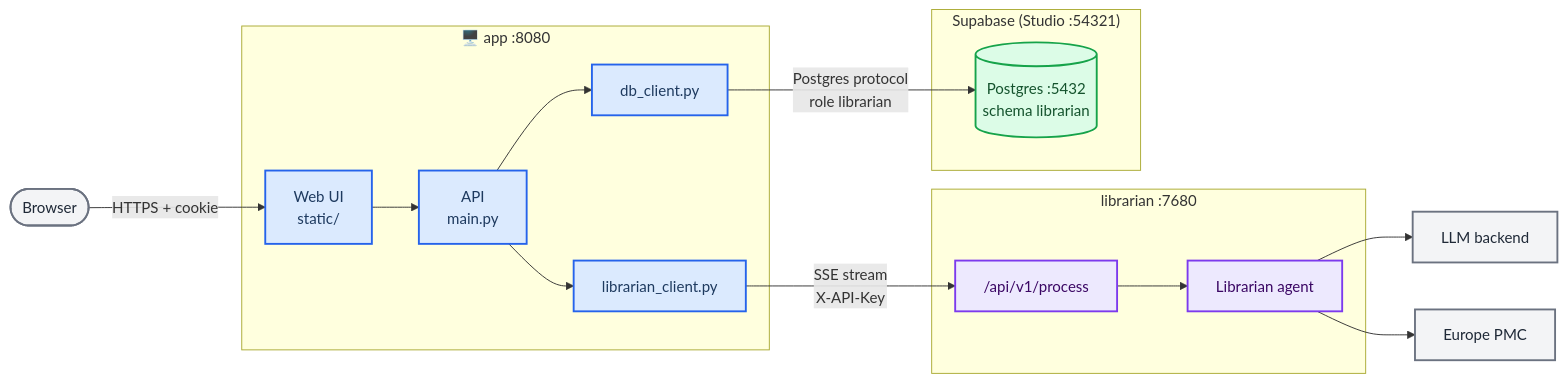
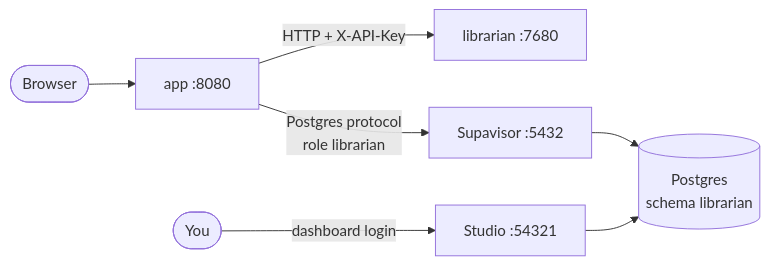
The diagram in README.md (pharmbio/librarian-serve), drawn with Mermaid before and after one commit. The commit also changed other lines of this file, not shown here.

````diff
--- a/README.md
+++ b/README.md
@@ -20,46 +15,12 @@
 ```mermaid
 flowchart LR
-    accTitle: Librarian service architecture
-    accDescr: The browser talks only to app. app calls librarian over HTTP to answer questions, and stores users, sessions, queries and runs in Supabase's Postgres over the Postgres protocol; librarian calls the LLM and Europe PMC.
+    accTitle: Where the data lives
+    accDescr: The browser talks to app. app calls librarian over HTTP, and connects to Supabase's Postgres through its connection pooler. You manage the data in Supabase Studio.
 
-    browser(["Browser"])
-
-    subgraph app_service ["🖥️ app :8080"]
-        web_ui["Web UI<br/>static/"]
-        app_api["API<br/>main.py"]
-        librarian_client["librarian_client.py"]
-        db_client["db_client.py"]
-    end
-
-    subgraph librarian_service ["librarian :7680"]
-        process_api["/api/v1/process"]
-        agent["Librarian agent"]
-    end
-
-    subgraph supabase_service ["Supabase (Studio :54321)"]
-        postgres[("Postgres :5432<br/>schema librarian")]
-    end
-
-    llm["LLM backend"]
-    europe_pmc["Europe PMC"]
-
-    browser -->|"HTTPS + cookie"| web_ui
-    web_ui --> app_api
-    app_api --> librarian_client
-    app_api --> db_client
-    librarian_client -->|"SSE stream<br/>X-API-Key"| process_api
-    db_client -->|"Postgres protocol<br/>role librarian"| postgres
-    process_api --> agent
-    agent --> llm
-    agent --> europe_pmc
-
-    classDef app_node fill:#dbeafe,stroke:#2563eb,stroke-width:2px,color:#1e3a5f
-    classDef librarian_node fill:#ede9fe,stroke:#7c3aed,stroke-width:2px,color:#3b0764
-    classDef db_node fill:#dcfce7,stroke:#16a34a,stroke-width:2px,color:#14532d
-    classDef external_node fill:#f3f4f6,stroke:#6b7280,stroke-width:2px,color:#1f2937
-
-    class web_ui,app_api,librarian_client,db_client app_node
-    class process_api,agent librarian_node
-    class postgres db_node
-    class browser,llm,europe_pmc external_node
+    browser(["Browser"]) --> app["app :8080"]
+    app -->|"HTTP + X-API-Key"| librarian["librarian :7680"]
+    app -->|"Postgres protocol<br/>role librarian"| pooler["Supavisor :5432"]
+    pooler --> postgres[("Postgres<br/>schema librarian")]
+    you(["You"]) -->|"dashboard login"| studio["Studio :54321"]
+    studio --> postgres
 ```
````
